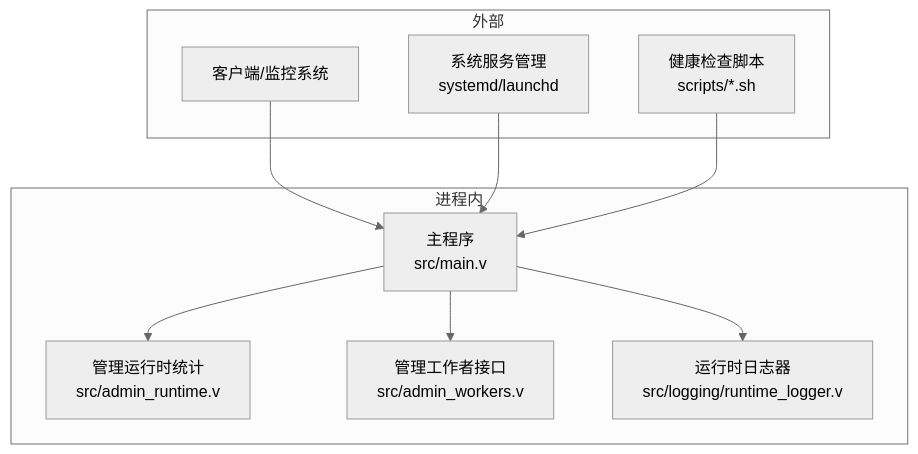
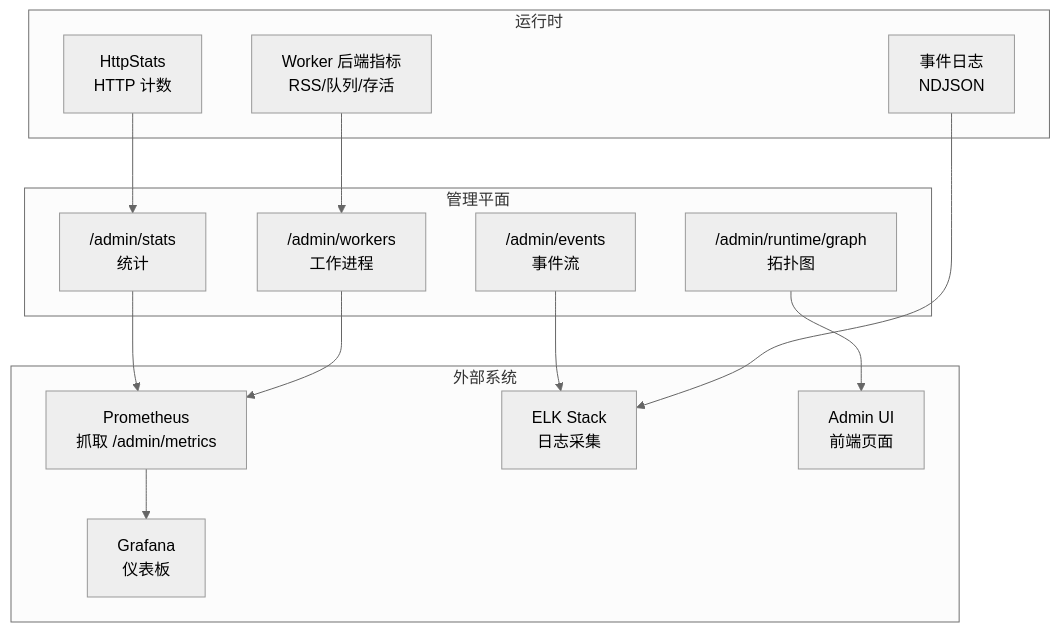
Before and after one commit to guweigang/vhttpd: the first of 8 diagrams in .qoder/repowiki/zh/content/部署运维/监控告警.md, drawn with Mermaid (neutral theme). The commit also changed other lines of this file and 697 other files, not shown here.

````diff
--- a/.qoder/repowiki/zh/content/部署运维/监控告警.md
+++ b/.qoder/repowiki/zh/content/部署运维/监控告警.md
@@ -37,20 +43,28 @@
 ```mermaid
 graph TB
-subgraph "进程内"
-M["主程序<br/>src/main.v"]
-AR["管理运行时统计<br/>src/admin_runtime.v"]
-AW["管理工作者接口<br/>src/admin_workers.v"]
-RL["运行时日志器<br/>src/logging/runtime_logger.v"]
+subgraph "管理平面"
+A["/admin/stats<br/>统计"]
+B["/admin/workers<br/>工作进程"]
+C["/admin/events<br/>事件流"]
+D["/admin/runtime/graph<br/>拓扑图"]
 end
-subgraph "外部"
-C["客户端/监控系统"]
-S["系统服务管理<br/>systemd/launchd"]
-SH["健康检查脚本<br/>scripts/*.sh"]
+subgraph "运行时"
+E["HttpStats<br/>HTTP 计数"]
+F["Worker 后端指标<br/>RSS/队列/存活"]
+G["事件日志<br/>NDJSON"]
 end
-C --> M
-M --> AR
-M --> AW
-M --> RL
-S --> M
-SH --> M
+subgraph "外部系统"
+H["Prometheus<br/>抓取 /admin/metrics"]
+I["Grafana<br/>仪表板"]
+J["ELK Stack<br/>日志采集"]
+K["Admin UI<br/>前端页面"]
+end
+A --> H
+B --> H
+C --> J
+D --> K
+E --> A
+F --> B
+G --> J
+H --> I
 ```
````
